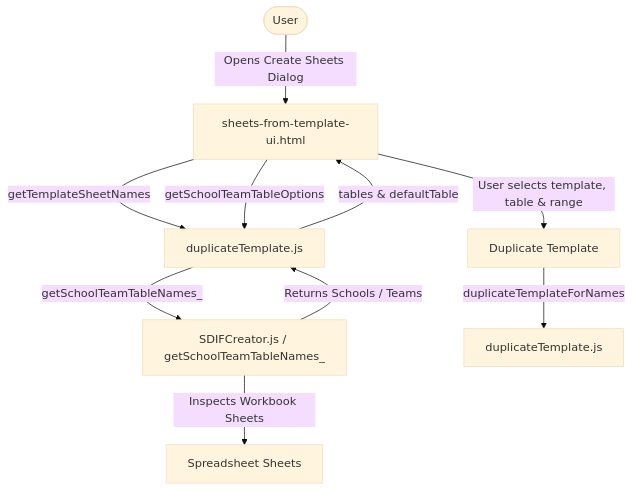
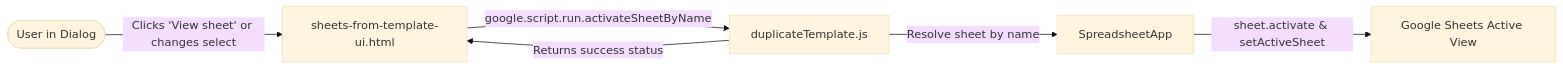
One commit to petrfaitl/swim-entries-manager changed the diagram in .junie/plans/improve-meet-manager-export-dialog.md. Above: the diagram before and after it, drawn with Mermaid (base theme). The commit also changed other lines of this file and 6 other files, not shown here.

Commit message:
feat: Enhance Create Sheets from Template dialog with "View sheet" functionality for background sheet activation and preview

````diff
--- a/.junie/plans/improve-meet-manager-export-dialog.md
+++ b/.junie/plans/improve-meet-manager-export-dialog.md
@@ -73,12 +72,8 @@
 ```mermaid
-graph TD
-    User([User]) -->|Opens Create Sheets Dialog| TemplateDialog[sheets-from-template-ui.html]
-    TemplateDialog -->|getTemplateSheetNames| BackendTemplate[duplicateTemplate.js]
-    TemplateDialog -->|getSchoolTeamTableOptions| BackendTemplate
-    BackendTemplate -->|getSchoolTeamTableNames_| TableResolver[SDIFCreator.js / getSchoolTeamTableNames_]
-    TableResolver -->|Inspects Workbook Sheets| ActiveSheets[Spreadsheet Sheets]
-    TableResolver -->|Returns Schools / Teams| BackendTemplate
-    BackendTemplate -->|tables & defaultTable| TemplateDialog
-    TemplateDialog -->|User selects template, table & range| RunAction[Duplicate Template]
-    RunAction -->|duplicateTemplateForNames| BackendDuplicate[duplicateTemplate.js]
+graph LR
+    User([User in Dialog]) -->|Clicks 'View sheet' or changes select| ClientUI[sheets-from-template-ui.html]
+    ClientUI -->|google.script.run.activateSheetByName| ServerBackend[duplicateTemplate.js]
+    ServerBackend -->|Resolve sheet by name| SS[SpreadsheetApp]
+    SS -->|sheet.activate & setActiveSheet| GoogleSheetUI[Google Sheets Active View]
+    ServerBackend -->|Returns success status| ClientUI
 ```
````
